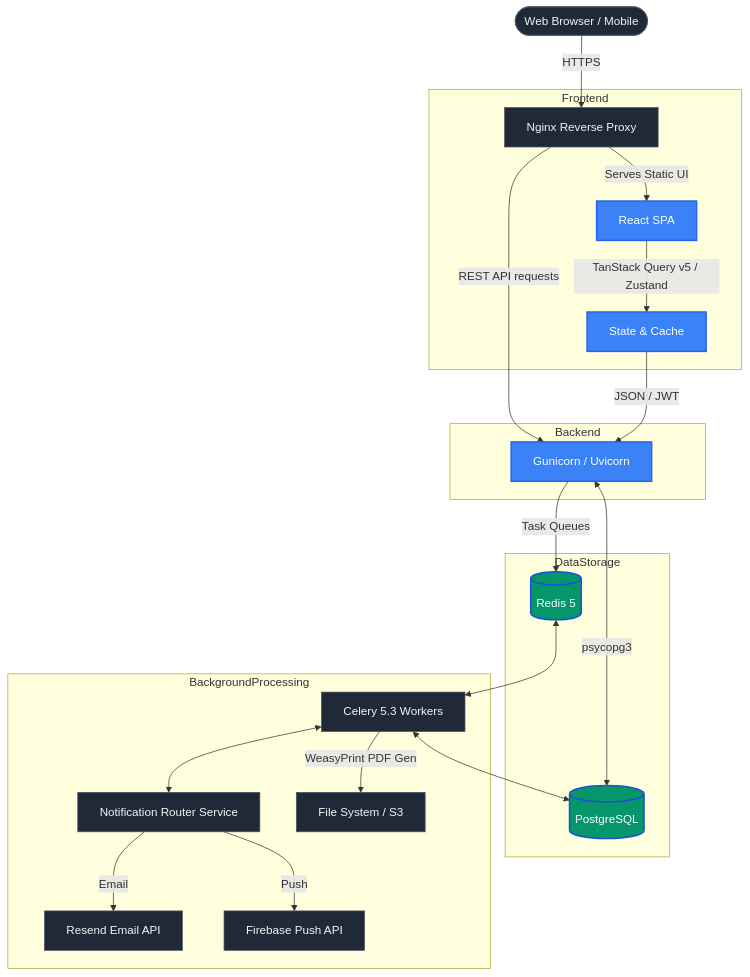
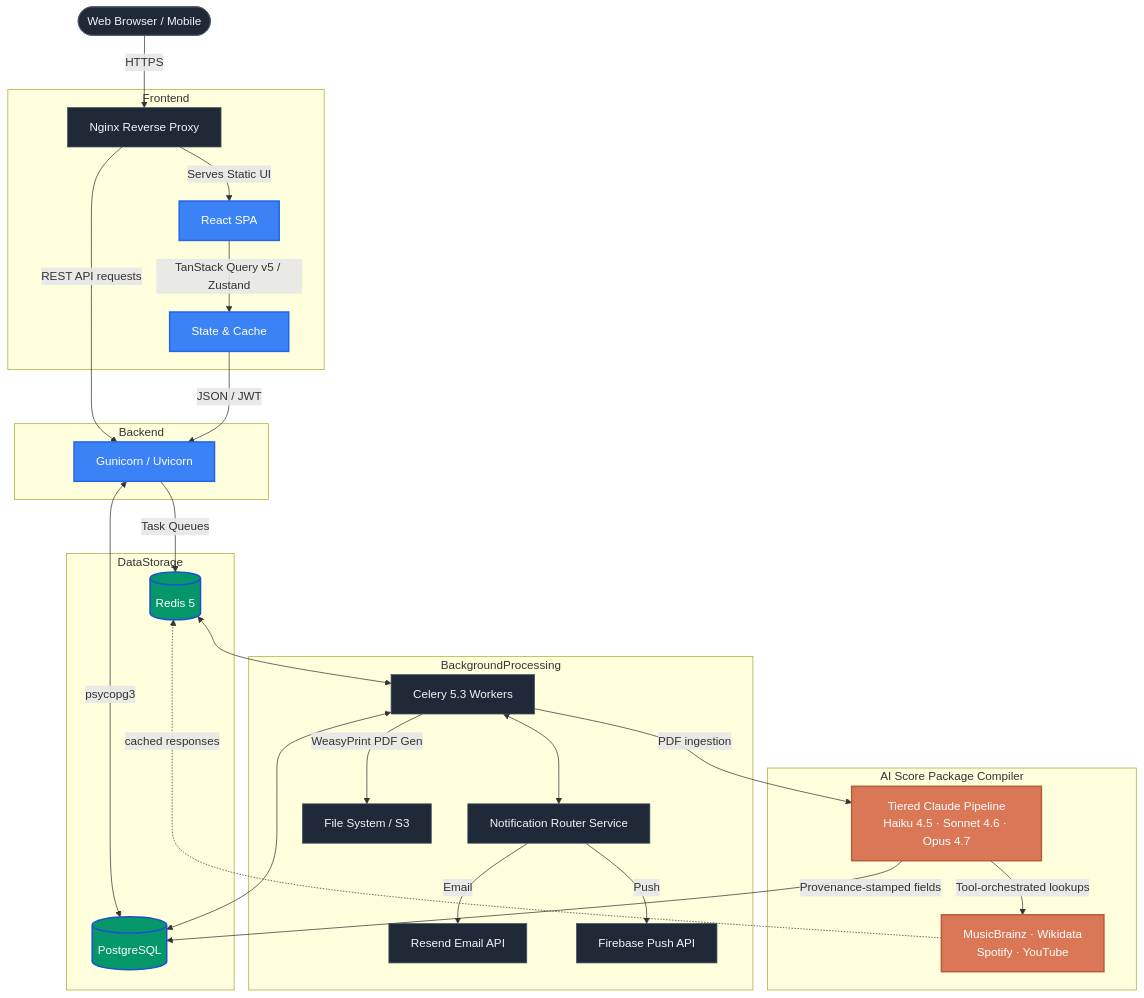
The diagram in README.md (bedikryst/VoctManager), drawn with Mermaid before and after one commit. The commit also changed other lines of this file and 7 other files, not shown here.

````diff
--- a/README.md
+++ b/README.md
@@ -28,35 +28,44 @@
 ```mermaid
 graph TD
     Client([Web Browser / Mobile]) -->|HTTPS| Nginx[Nginx Reverse Proxy]
 
     subgraph Frontend
         Nginx -->|Serves Static UI| React[React SPA]
         React -->|TanStack Query v5 / Zustand| StateManager[State & Cache]
     end
 
     subgraph Backend
         Nginx -->|REST API requests| Gunicorn[Gunicorn / Uvicorn]
         StateManager -->|JSON / JWT| Gunicorn
     end
 
     subgraph DataStorage
         Gunicorn <-->|psycopg3| DB[(PostgreSQL)]
         Gunicorn -->|Task Queues| Redis[(Redis 5)]
     end
 
     subgraph BackgroundProcessing
         Redis <--> Celery[Celery 5.3 Workers]
         Celery <--> NotificationService[Notification Router Service]
         NotificationService -->|Email| Resend[Resend Email API]
         NotificationService -->|Push| Firebase[Firebase Push API]
         Celery <--> DB
         Celery -->|WeasyPrint PDF Gen| Ext[File System / S3]
     end
 
+    subgraph AIScoreCompiler[AI Score Package Compiler]
+        Celery -->|PDF ingestion| Claude["Tiered Claude Pipeline<br/>Haiku 4.5 · Sonnet 4.6 · Opus 4.7"]
+        Claude -->|Tool-orchestrated lookups| ExtMeta["MusicBrainz · Wikidata<br/>Spotify · YouTube"]
+        ExtMeta -.->|cached responses| Redis
+        Claude -->|Provenance-stamped fields| DB
+    end
+
     classDef default fill:#1f2937,stroke:#4b5563,stroke-width:1px,color:#f3f4f6;
     classDef highlight fill:#3b82f6,stroke:#2563eb,stroke-width:2px,color:#ffffff;
     classDef db fill:#059669,stroke:#1d4ed8,stroke-width:2px,color:#ffffff;
+    classDef ai fill:#D97757,stroke:#b85c3e,stroke-width:2px,color:#ffffff;
 
     class React,StateManager,Gunicorn highlight;
     class DB,Redis db;
+    class Claude,ExtMeta ai;
 ```
````
